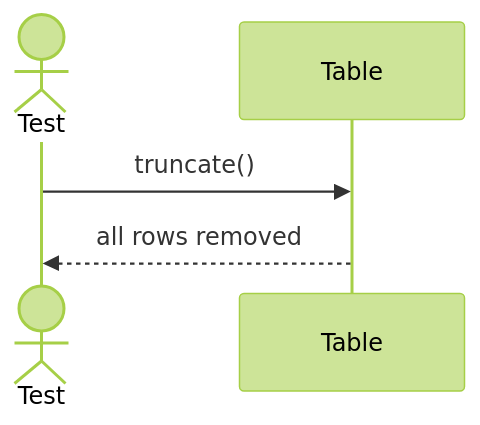
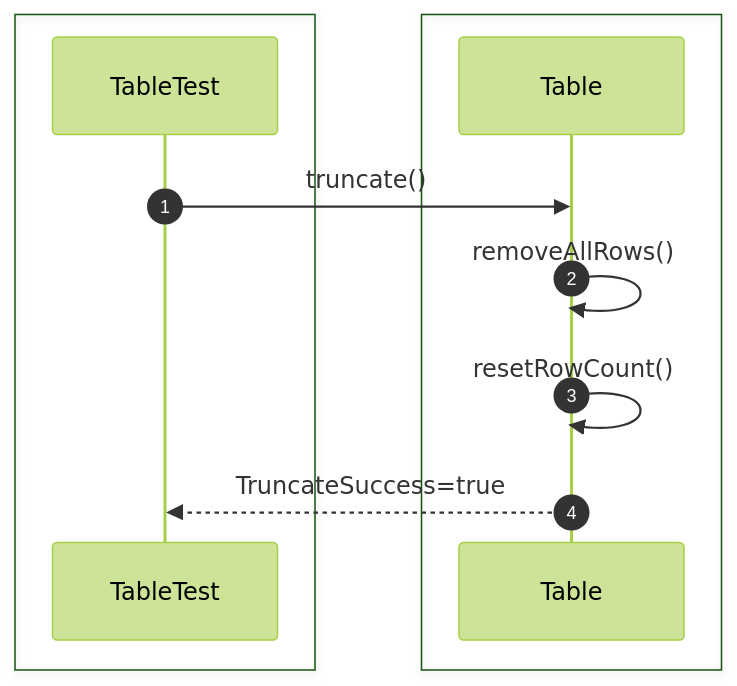
The tenth of 42 diagrams in src/sequence/db-object.md (Huy1801214/dbms-architecture), drawn with Mermaid (forest theme) before and after one commit. The commit also changed other lines of this file, not shown here.

Commit message:
add sequence diagrams for database object unit tests

````diff
--- a/src/sequence/db-object.md
+++ b/src/sequence/db-object.md
@@ -119,8 +215,18 @@
 ```mermaid
 sequenceDiagram
-    actor Test
-    participant Table
+    autonumber
+    box #e1f5fe Test Suite
+    participant Test as TableTest
+    end
+    box #e8f5e9 Database Objects
+    participant Table as Table
+    end
 
     Test->>Table: truncate()
-    Table-->>Test: all rows removed
+
+    Table->>Table: removeAllRows()
+
+    Table->>Table: resetRowCount()
+
+    Table-->>Test: TruncateSuccess=true
 ```
````
